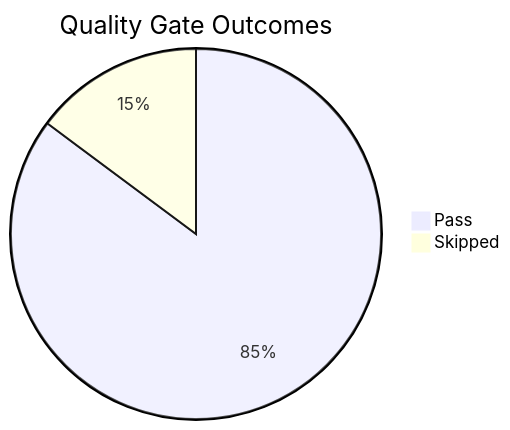
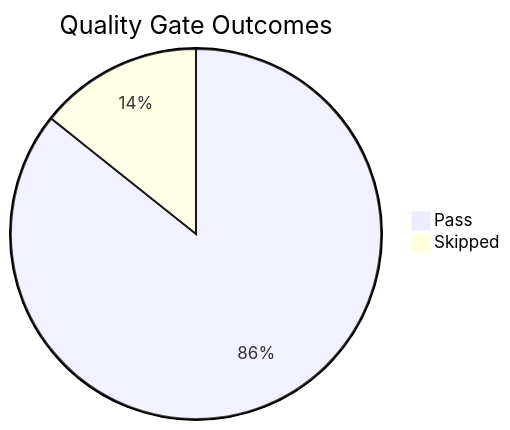
The diagram in docs/meta/golden-status.md (yeongseon/azure-app-service-practical-guide), drawn with Mermaid before and after one commit. The commit also changed other lines of this file and 4 other files, not shown here.

````diff
--- a/docs/meta/golden-status.md
+++ b/docs/meta/golden-status.md
@@ -42,5 +42,5 @@
 ```mermaid
 pie title Quality Gate Outcomes
-    "Pass" : 23
+    "Pass" : 24
     "Skipped" : 4
 ```
````
